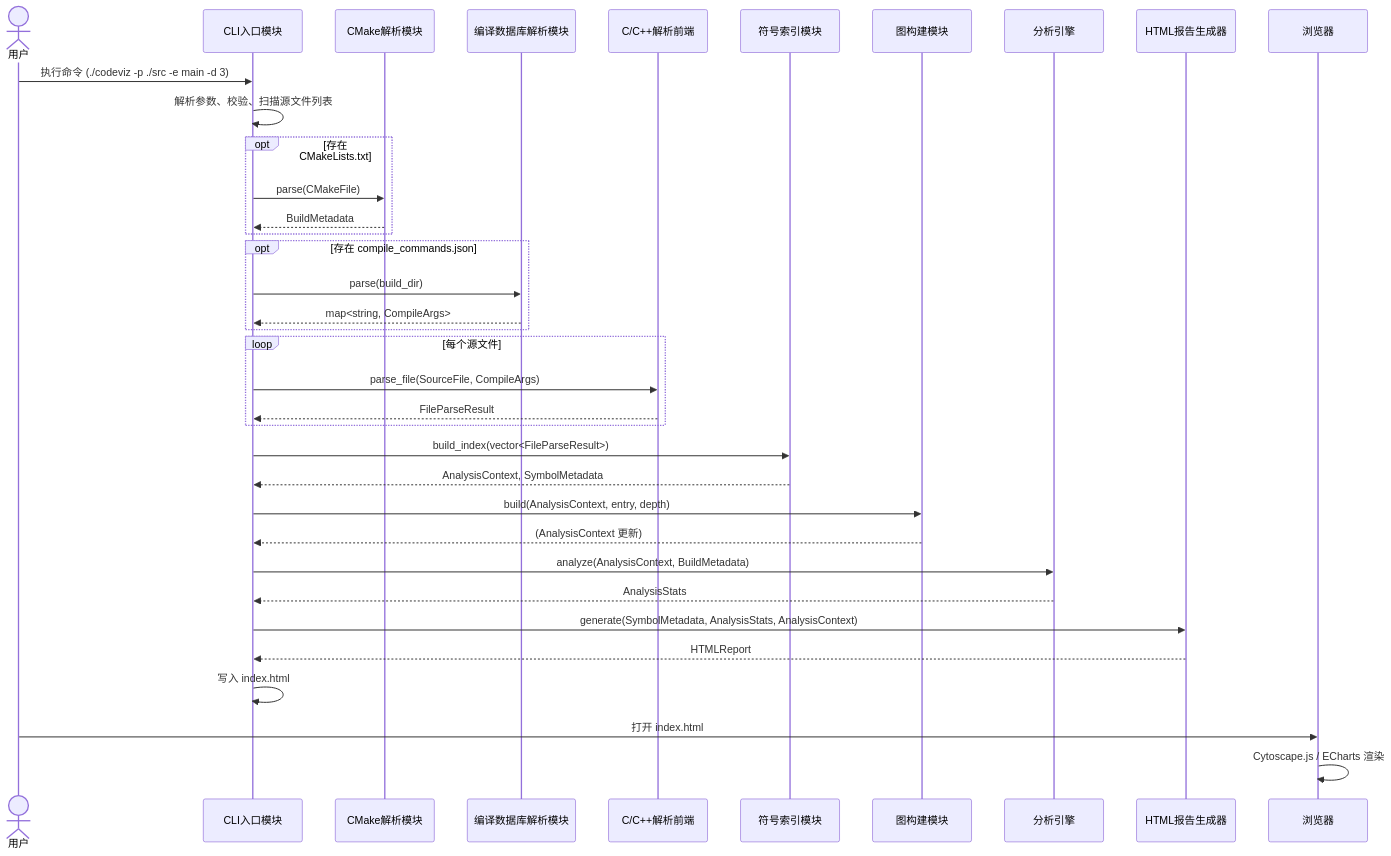
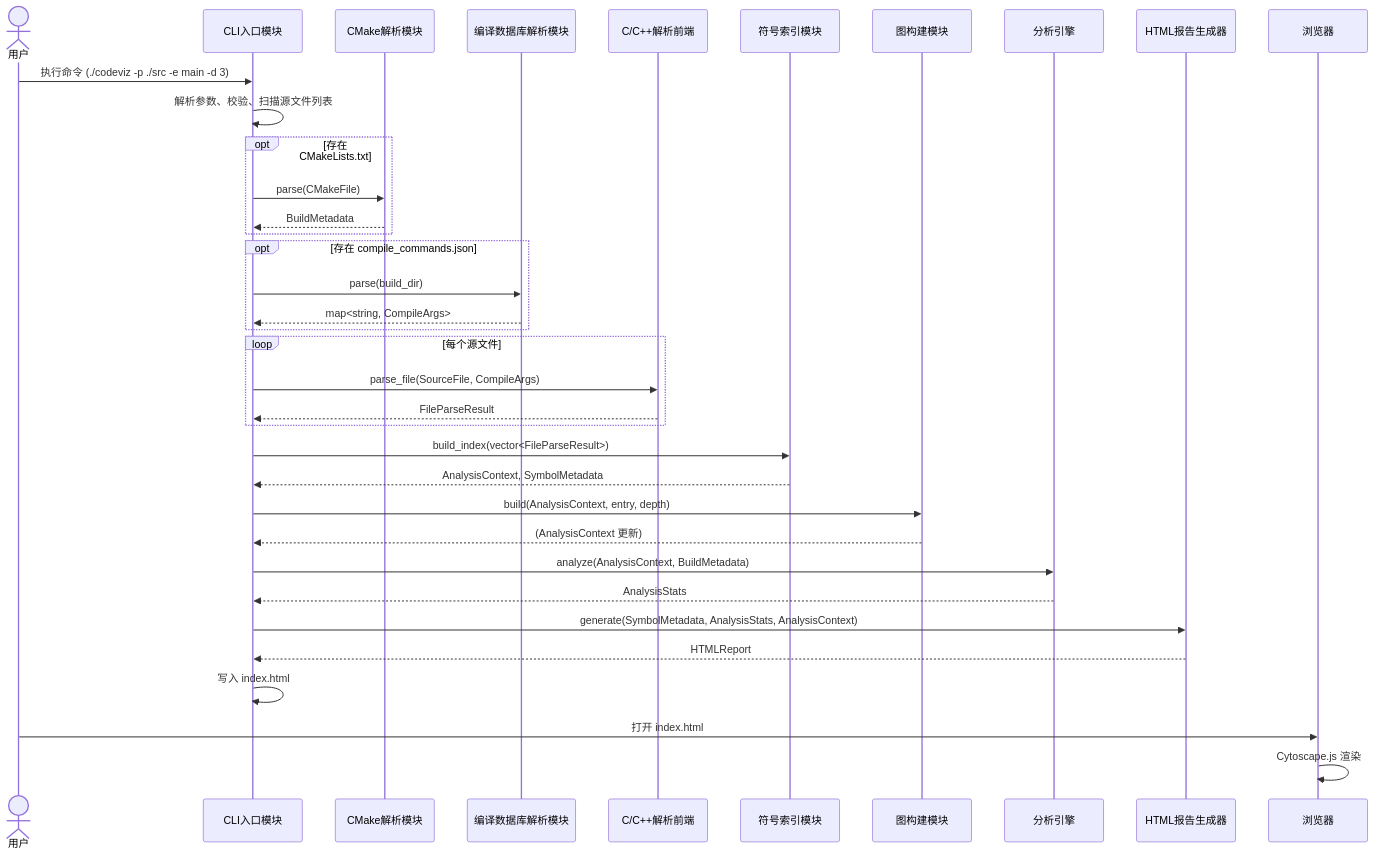
The third of 7 diagrams in codeviz/Doc/Code_Visualization_Tool_Design_Spec.md (gzgy-leoyang/codeviz), drawn with Mermaid before and after one commit. The commit also changed other lines of this file, not shown here.

````diff
--- a/codeviz/Doc/Code_Visualization_Tool_Design_Spec.md
+++ b/codeviz/Doc/Code_Visualization_Tool_Design_Spec.md
@@ -297,49 +297,49 @@
 ```mermaid
 sequenceDiagram
     actor User as 用户
     participant CLI as CLI入口模块
     participant CMake as CMake解析模块
     participant CompDB as 编译数据库解析模块
     participant Parser as C/C++解析前端
     participant Indexer as 符号索引模块
     participant GraphB as 图构建模块
     participant Analyzer as 分析引擎
     participant Reporter as HTML报告生成器
     participant Browser as 浏览器
 
     User ->> CLI: 执行命令 (./codeviz -p ./src -e main -d 3)
 
     CLI ->> CLI: 解析参数、校验、扫描源文件列表
 
     opt 存在 CMakeLists.txt
         CLI ->> CMake: parse(CMakeFile)
         CMake -->> CLI: BuildMetadata
     end
 
     opt 存在 compile_commands.json
         CLI ->> CompDB: parse(build_dir)
         CompDB -->> CLI: map<string, CompileArgs>
     end
 
     loop 每个源文件
         CLI ->> Parser: parse_file(SourceFile, CompileArgs)
         Parser -->> CLI: FileParseResult
     end
 
     CLI ->> Indexer: build_index(vector<FileParseResult>)
     Indexer -->> CLI: AnalysisContext, SymbolMetadata
 
     CLI ->> GraphB: build(AnalysisContext, entry, depth)
     GraphB -->> CLI: (AnalysisContext 更新)
 
     CLI ->> Analyzer: analyze(AnalysisContext, BuildMetadata)
     Analyzer -->> CLI: AnalysisStats
 
     CLI ->> Reporter: generate(SymbolMetadata, AnalysisStats, AnalysisContext)
     Reporter -->> CLI: HTMLReport
 
     CLI ->> CLI: 写入 index.html
 
     User ->> Browser: 打开 index.html
-    Browser ->> Browser: Cytoscape.js / ECharts 渲染
+    Browser ->> Browser: Cytoscape.js 渲染
 ```
````
